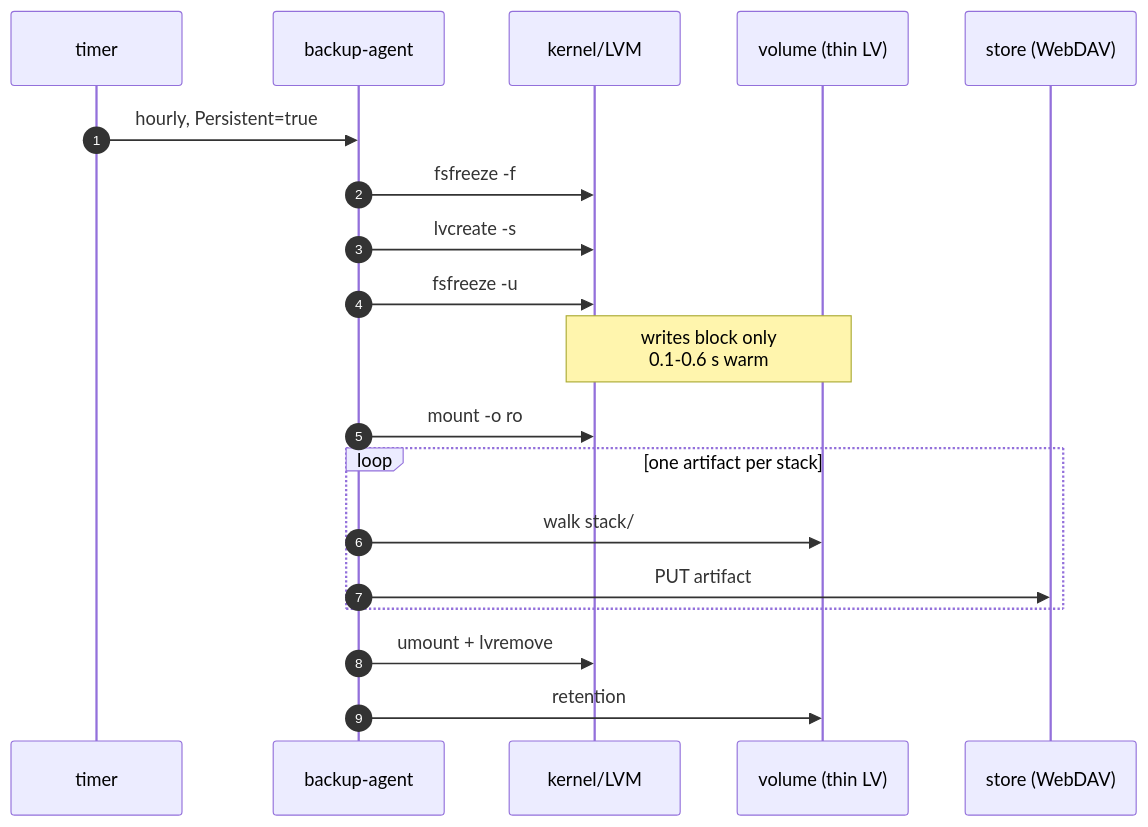
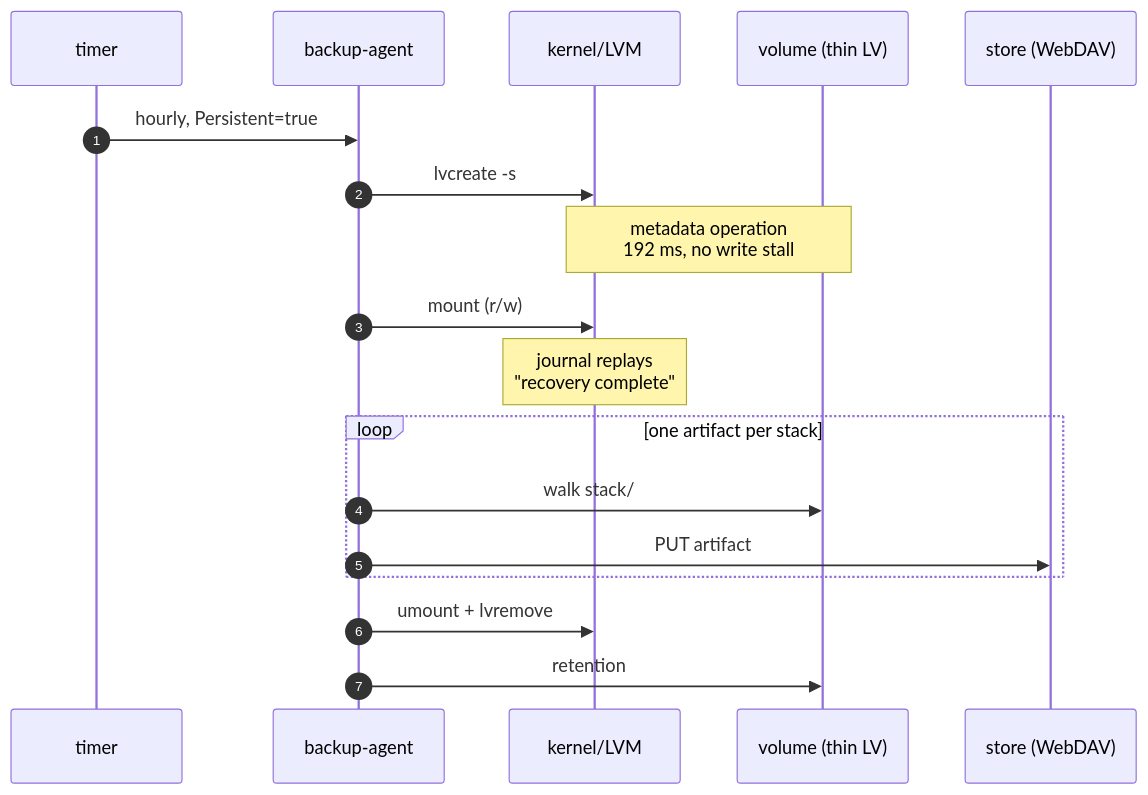
Before and after one commit to hazemarian/poor-man-cluster: the third of 9 diagrams in docs/storage-and-databases.md, drawn with Mermaid. The commit also changed other lines of this file and 5 other files, not shown here.

````diff
--- a/docs/storage-and-databases.md
+++ b/docs/storage-and-databases.md
@@ -231,21 +231,20 @@
 ```mermaid
 sequenceDiagram
  autonumber
  participant T as timer
  participant A as backup-agent
  participant K as kernel/LVM
  participant V as volume (thin LV)
  participant S as store (WebDAV)
  T->>A: hourly, Persistent=true
- A->>K: fsfreeze -f
  A->>K: lvcreate -s
- A->>K: fsfreeze -u
- Note over K,V: writes block only<br/>0.1-0.6 s warm
- A->>K: mount -o ro
+ Note over K,V: metadata operation<br/>192 ms, no write stall
+ A->>K: mount (r/w)
+ Note over K: journal replays<br/>"recovery complete"
  loop one artifact per stack
    A->>V: walk stack/
    A->>S: PUT artifact
  end
  A->>K: umount + lvremove
  A->>V: retention
 ```
````
